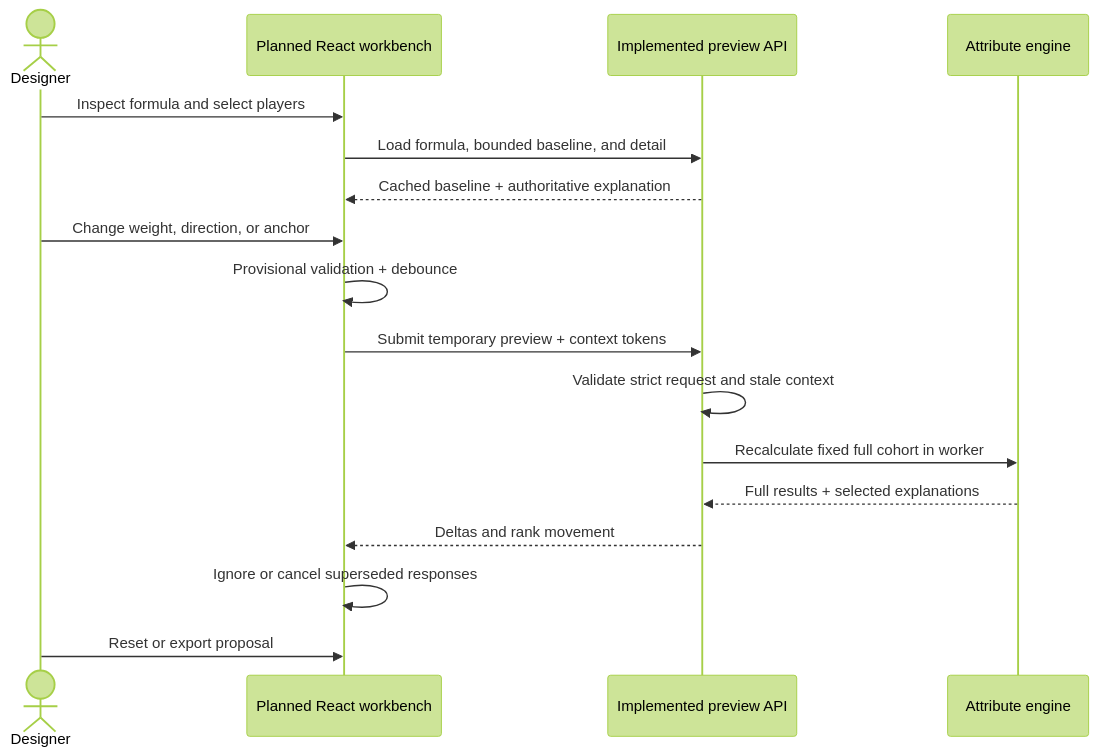
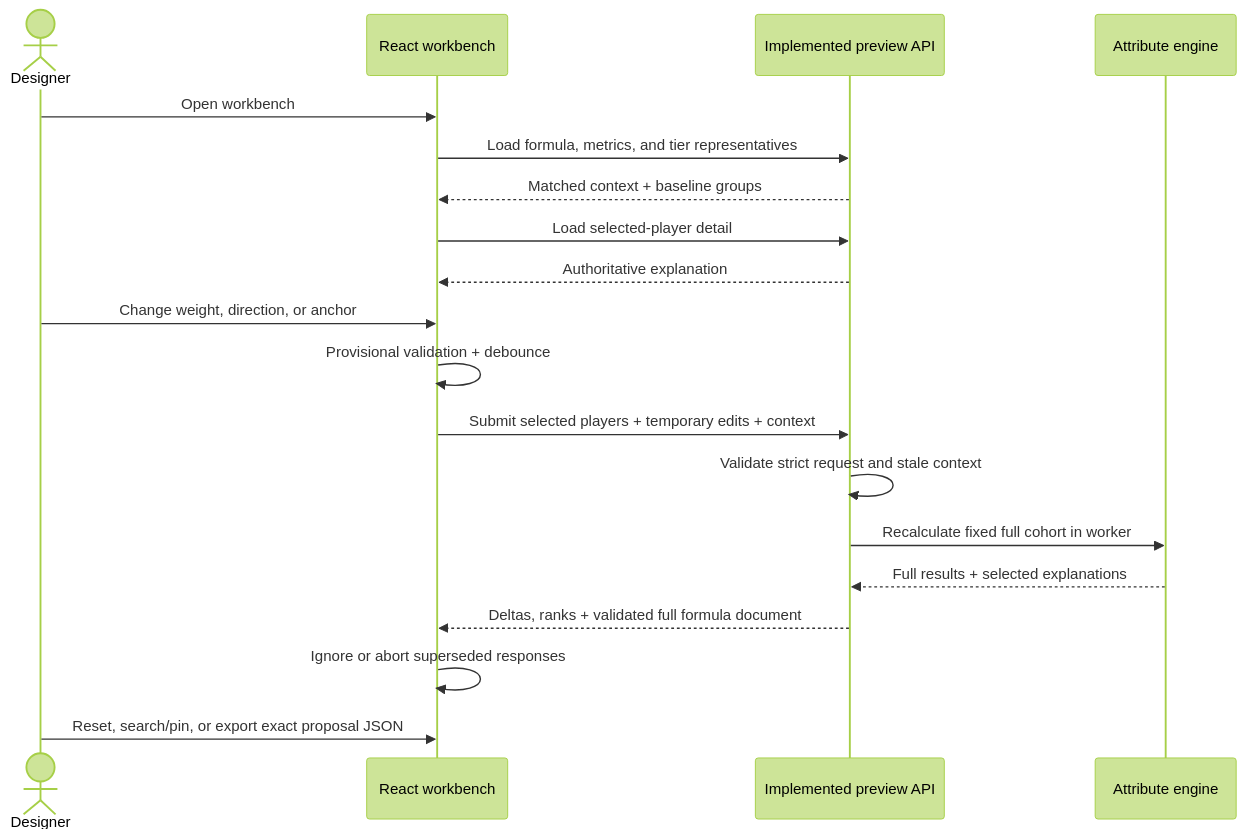
The fourth of 4 diagrams in docs/presentations/PLAYER_GENERATOR_TECHNICAL_OVERVIEW.md (jimmie-potts/player-generator), drawn with Mermaid (forest theme) before and after one commit. The commit also changed other lines of this file and 42 other files, not shown here.

Commit message:
Implement interactive formula workbench

````diff
--- a/docs/presentations/PLAYER_GENERATOR_TECHNICAL_OVERVIEW.md
+++ b/docs/presentations/PLAYER_GENERATOR_TECHNICAL_OVERVIEW.md
@@ -424,20 +438,22 @@
 ```mermaid
 sequenceDiagram
     actor Designer
-    participant UI as Planned React workbench
+    participant UI as React workbench
     participant API as Implemented preview API
     participant Engine as Attribute engine
 
-    Designer->>UI: Inspect formula and select players
-    UI->>API: Load formula, bounded baseline, and detail
-    API-->>UI: Cached baseline + authoritative explanation
+    Designer->>UI: Open workbench
+    UI->>API: Load formula, metrics, and tier representatives
+    API-->>UI: Matched context + baseline groups
+    UI->>API: Load selected-player detail
+    API-->>UI: Authoritative explanation
     Designer->>UI: Change weight, direction, or anchor
     UI->>UI: Provisional validation + debounce
-    UI->>API: Submit temporary preview + context tokens
+    UI->>API: Submit selected players + temporary edits + context
     API->>API: Validate strict request and stale context
     API->>Engine: Recalculate fixed full cohort in worker
     Engine-->>API: Full results + selected explanations
-    API-->>UI: Deltas and rank movement
-    UI->>UI: Ignore or cancel superseded responses
-    Designer->>UI: Reset or export proposal
+    API-->>UI: Deltas, ranks + validated full formula document
+    UI->>UI: Ignore or abort superseded responses
+    Designer->>UI: Reset, search/pin, or export exact proposal JSON
 ```
````
